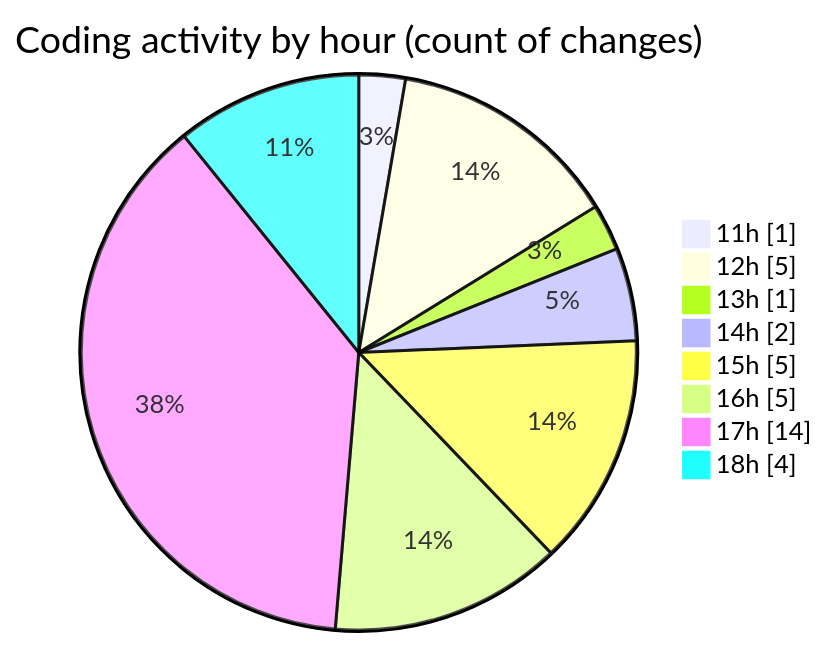
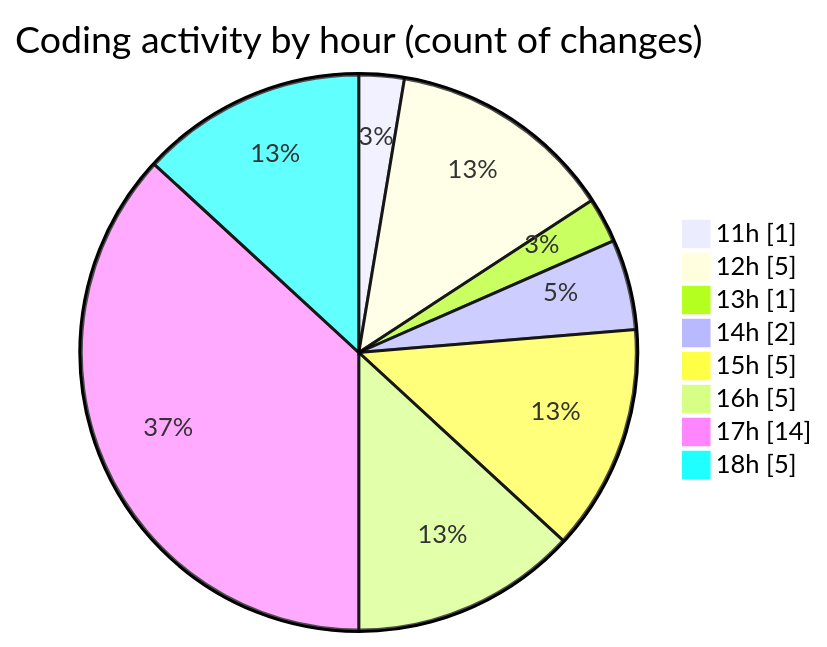
One commit to nxtqubesakshisongat/code-tracking changed the second of 2 diagrams in 2025-11-13/argos/README.md. Above: the diagram before and after it, drawn with Mermaid. The commit also changed other lines of this file and 1 other file, not shown here.

````diff
--- a/2025-11-13/argos/README.md
+++ b/2025-11-13/argos/README.md
@@ -43,12 +44,12 @@
 ```mermaid
 pie showData
 title Coding activity by hour (count of changes)
 "11h" : 1
 "12h" : 5
 "13h" : 1
 "14h" : 2
 "15h" : 5
 "16h" : 5
 "17h" : 14
-"18h" : 4
+"18h" : 5
 ```
````
